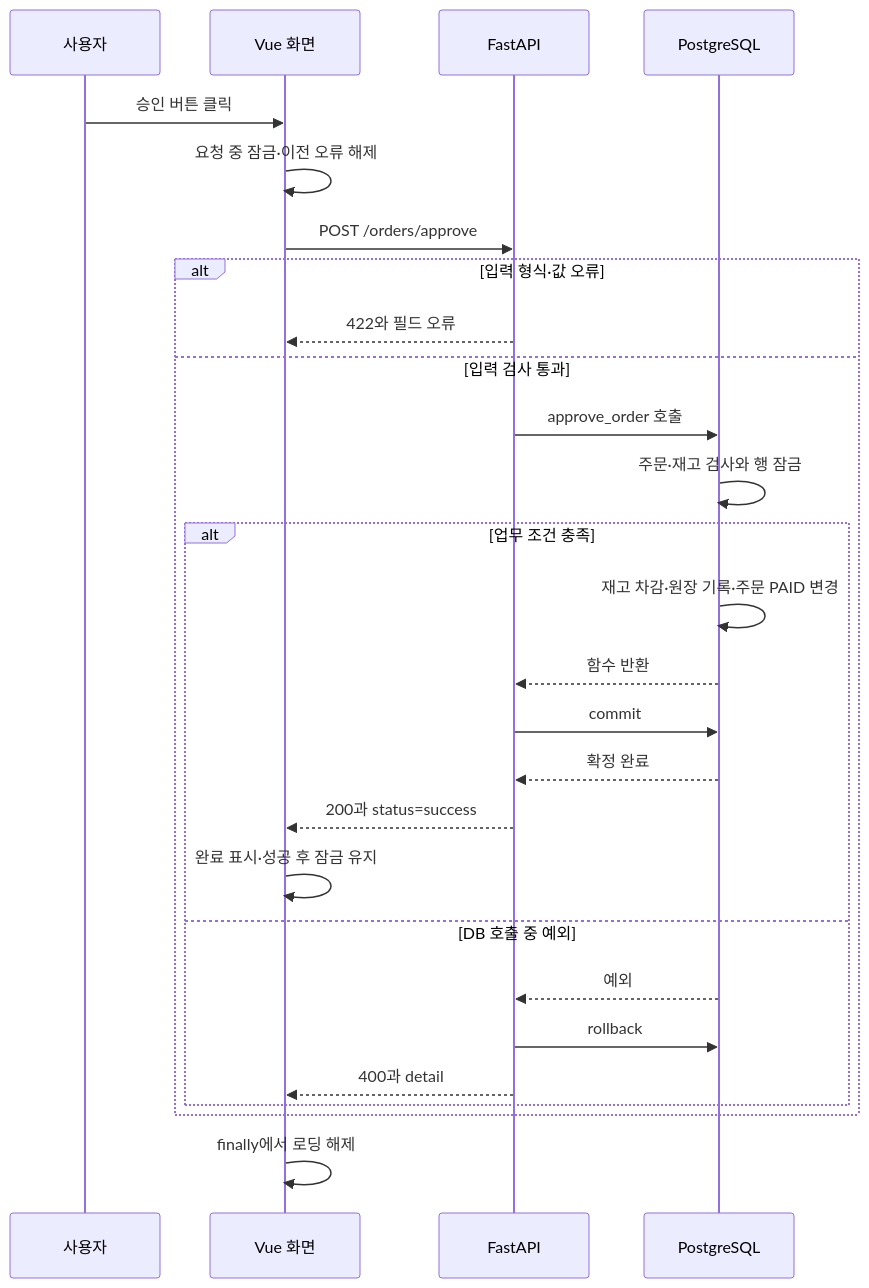
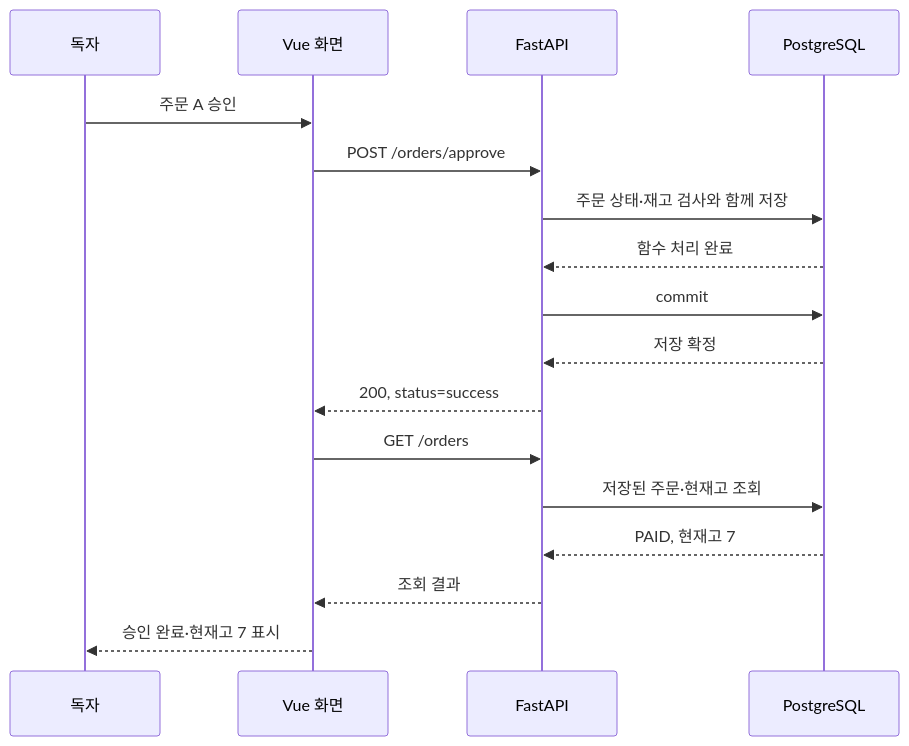
Before and after one commit to totobabycomanch-droid/foundation-lab-kit: the diagram in docs/11_chapter11.md, drawn with Mermaid. The commit also changed other lines of this file and 46 other files, not shown here.

````diff
--- a/docs/11_chapter11.md
+++ b/docs/11_chapter11.md
@@ -1080,29 +363,19 @@
 ```mermaid
 sequenceDiagram
-    participant U as 사용자
+    participant U as 독자
     participant V as Vue 화면
     participant A as FastAPI
     participant D as PostgreSQL
-    U->>V: 승인 버튼 클릭
-    V->>V: 요청 중 잠금·이전 오류 해제
+    U->>V: 주문 A 승인
     V->>A: POST /orders/approve
-    alt 입력 형식·값 오류
-        A-->>V: 422와 필드 오류
-    else 입력 검사 통과
-        A->>D: approve_order 호출
-        D->>D: 주문·재고 검사와 행 잠금
-        alt 업무 조건 충족
-            D->>D: 재고 차감·원장 기록·주문 PAID 변경
-            D-->>A: 함수 반환
-            A->>D: commit
-            D-->>A: 확정 완료
-            A-->>V: 200과 status=success
-            V->>V: 완료 표시·성공 후 잠금 유지
-        else DB 호출 중 예외
-            D-->>A: 예외
-            A->>D: rollback
-            A-->>V: 400과 detail
-        end
-    end
-    V->>V: finally에서 로딩 해제
+    A->>D: 주문 상태·재고 검사와 함께 저장
+    D-->>A: 함수 처리 완료
+    A->>D: commit
+    D-->>A: 저장 확정
+    A-->>V: 200, status=success
+    V->>A: GET /orders
+    A->>D: 저장된 주문·현재고 조회
+    D-->>A: PAID, 현재고 7
+    A-->>V: 조회 결과
+    V-->>U: 승인 완료·현재고 7 표시
 ```
````
